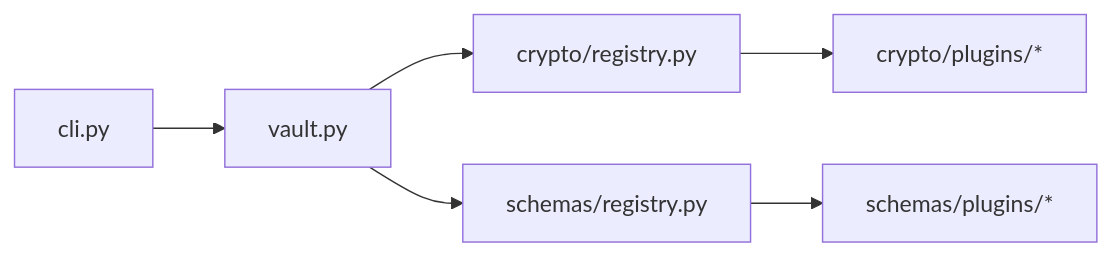
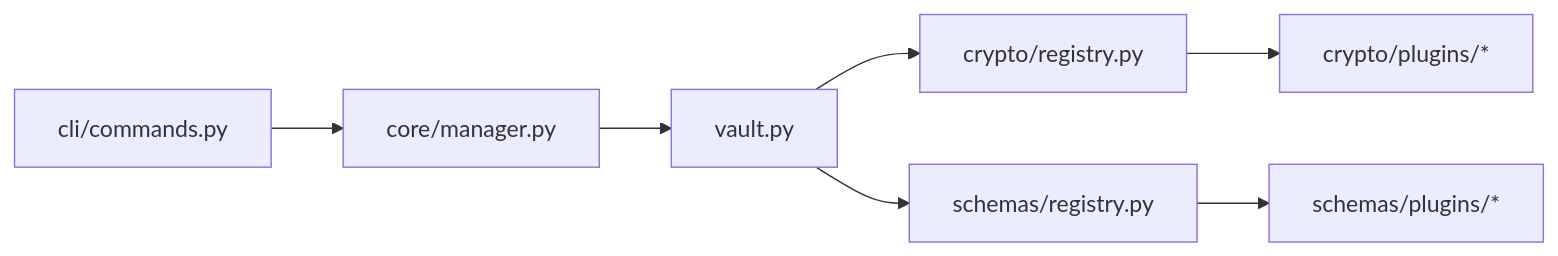
One commit to Veerabadran-M/credential-manager changed the diagram in README.md. Above: the diagram before and after it, drawn with Mermaid. The commit also changed other lines of this file and 35 other files, not shown here.

Commit message:
refactor: clean up project architecture and documentation

````diff
--- a/README.md
+++ b/README.md
@@ -171,6 +178,6 @@
 ```mermaid
 flowchart LR
-    CLI[cli.py] --> Vault[vault.py]
+    CLI[cli/commands.py] --> Core[core/manager.py] --> Vault[vault.py]
     Vault --> CryptoRegistry[crypto/registry.py] --> CryptoPlugins[crypto/plugins/*]
     Vault --> SchemaRegistry[schemas/registry.py] --> SchemaPlugins[schemas/plugins/*]
 ```
````
